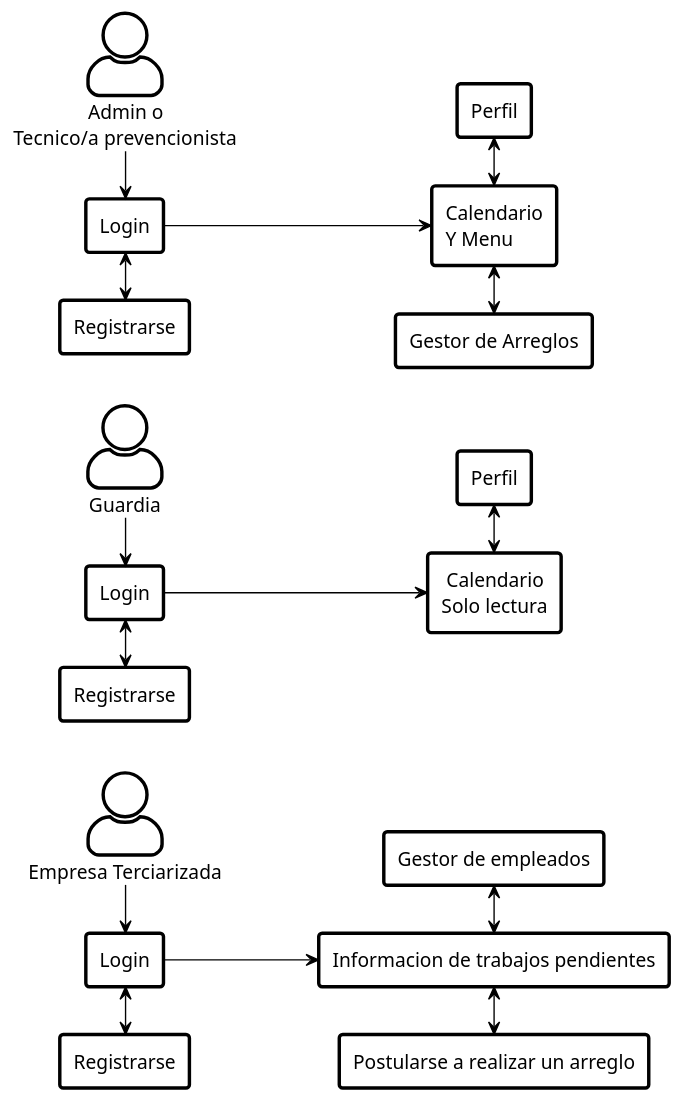
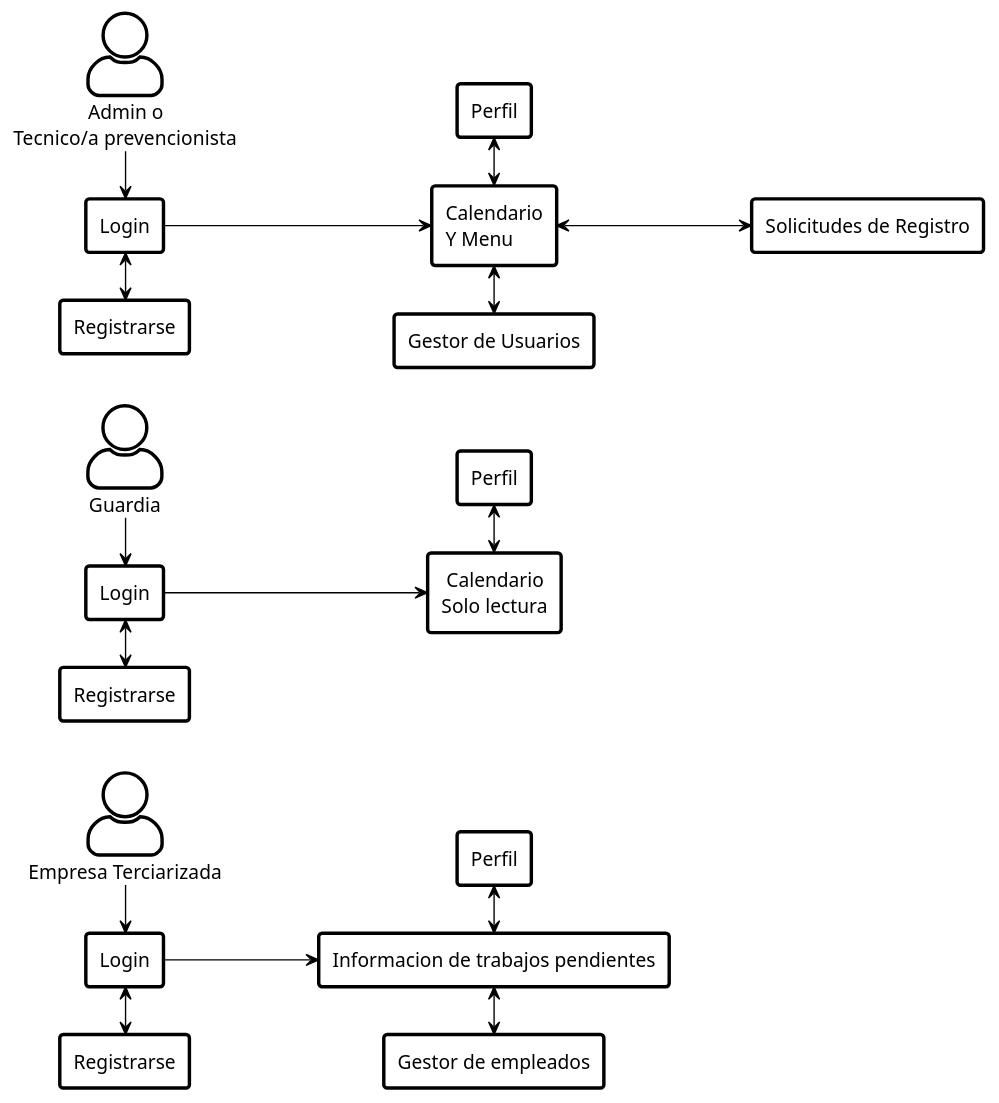
One commit to Arcemist/ProyectoUTU changed the diagram in docs/Casos_de_uso/Diagramas_de_casos_de_uso.puml. Above: the diagram before and after it, drawn with PlantUML. The commit also changed 7 other files, not shown here.

```diff
--- a/docs/Casos_de_uso/Diagramas_de_casos_de_uso.puml
+++ b/docs/Casos_de_uso/Diagramas_de_casos_de_uso.puml
@@ -1,73 +1,76 @@
 @startuml "Diagramas de casos de uso"
 
 skinparam {
 	Backgroundcolor White
 	Linetype Ortho
 	ArrowColor Black
 	Actor {
 		Style Awesome
 		BackgroundColor White
 		FontColor Black
 		BorderColor Black
 		BorderThickness 2.5
 	}
 	Component {
 		Style Rectangle
 		FontColor Black
 		BackgroundColor White
 		BorderColor Black
 		BorderThickness 2.5
 	}
 }
 
 left to right direction
 
 '_____________________________________________________________________________________________________________________
 :Admin o Tecnico prevencionista: as "               Admin o\nTecnico/a prevencionista"
 [Login Admin] as "Login"
 :Admin o Tecnico prevencionista: -r-> [Login Admin]
 
 [Registrarse Admin] as "Registrarse"
 [Login Admin] <-r-> [Registrarse Admin]
 
 [Calendario Admin] as "Calendario\nY Menu"
 [Login Admin] -d-> [Calendario Admin]
 
-[Gestor de arreglos Admin] as "Gestor de Arreglos"
-[Calendario Admin] <-r-> [Gestor de arreglos Admin]
+[Gestor de usuarios Admin] as "Gestor de Usuarios"
+[Calendario Admin] <-r-> [Gestor de usuarios Admin]
+
+[Solicitudes de Registro Admin] as "Solicitudes de Registro"
+[Calendario Admin] <-d-> [Solicitudes de Registro Admin]
 
 [Perfil Admin] as "Perfil"
 [Calendario Admin] <-l-> [Perfil Admin]
 '_____________________________________________________________________________________________________________________
 :Guardia:
 [Login Guardia] as "Login"
 :Guardia: -r-> [Login Guardia]
 
 [Calendario Guardia] as " Calendario\nSolo lectura"
 [Login Guardia] -d-> [Calendario Guardia]
 
 [Registrarse Guardia] as "Registrarse"
 [Login Guardia] <-r-> [Registrarse Guardia]
 
 [Perfil Guardia] as "Perfil"
 [Calendario Guardia] <-l-> [Perfil Guardia]
 '_____________________________________________________________________________________________________________________
 :Empresa Terciarizada:
 [Login Terciarizado E] as "Login"
 :Empresa Terciarizada: -r-> [Login Terciarizado E]
 
 [Registrarse E] as "Registrarse"
 [Login Terciarizado E] <-r-> [Registrarse E]
 
 [Informacion de trabajos pendientes E] as "Informacion de trabajos pendientes"
 [Login Terciarizado E] -d-> [Informacion de trabajos pendientes E]
 
 [Gestor de empleados terciarizados] as "Gestor de empleados"
-[Informacion de trabajos pendientes E] <-l-> [Gestor de empleados terciarizados]
+[Informacion de trabajos pendientes E] <-r-> [Gestor de empleados terciarizados]
 
-[Postularse a realizar un arreglo]
-[Informacion de trabajos pendientes E] <-r-> [Postularse a realizar un arreglo]
+[Perfil Empresa] as "Perfil"
+[Informacion de trabajos pendientes E] <-l-> [Perfil Empresa]
 '_____________________________________________________________________________________________________________________
 
 
 @enduml
```
